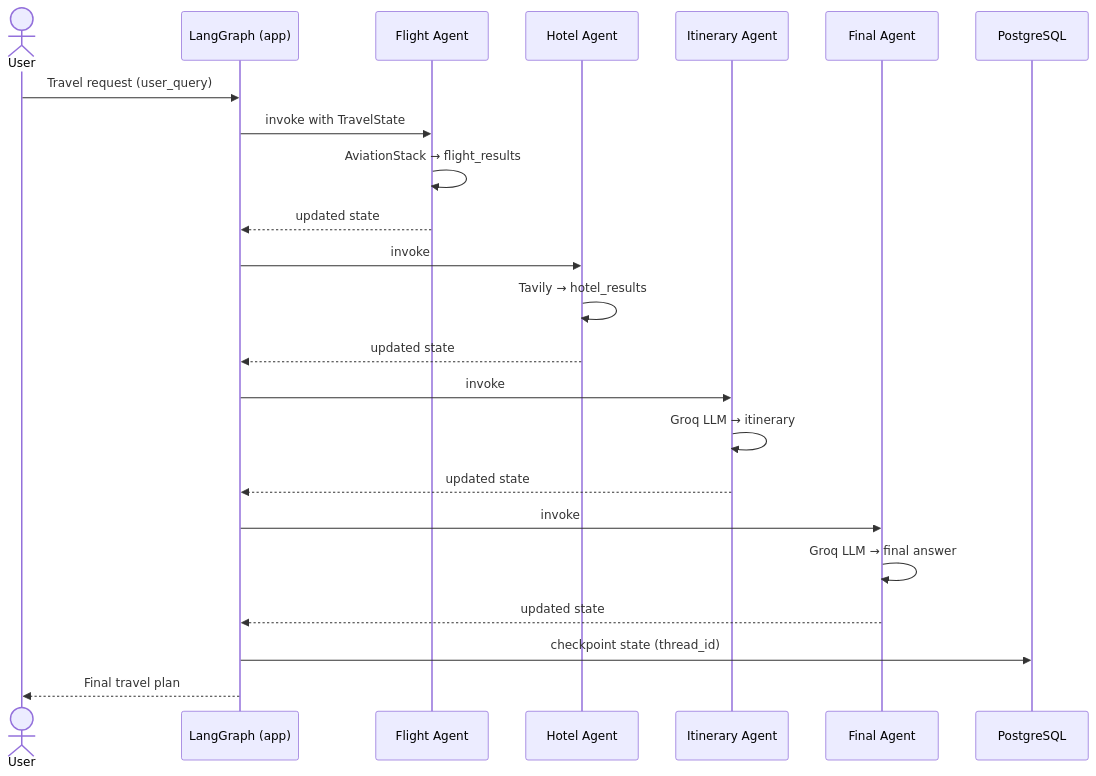
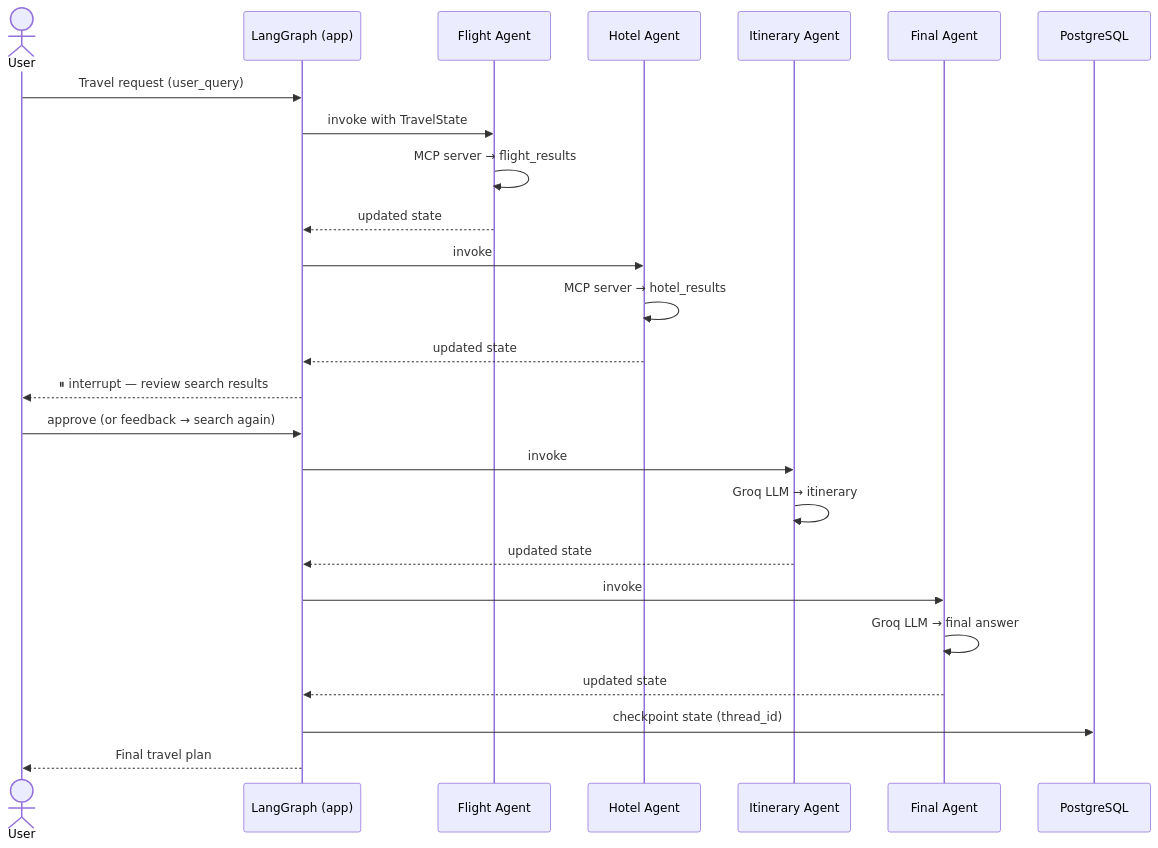
The third of 3 diagrams in README.md (deveshksrivastava/AI-Travel-Planning-System), drawn with Mermaid before and after one commit. The commit also changed other lines of this file and 6 other files, not shown here.

First line of the commit message:
Route agent tools through MCP server and add human-in-the-loop review

````diff
--- a/README.md
+++ b/README.md
@@ -107,26 +117,28 @@
 ```mermaid
 sequenceDiagram
     actor User
     participant App as LangGraph (app)
     participant Flight as Flight Agent
     participant Hotel as Hotel Agent
     participant Itin as Itinerary Agent
     participant Final as Final Agent
     participant DB as PostgreSQL
 
     User->>App: Travel request (user_query)
     App->>Flight: invoke with TravelState
-    Flight->>Flight: AviationStack → flight_results
+    Flight->>Flight: MCP server → flight_results
     Flight-->>App: updated state
     App->>Hotel: invoke
-    Hotel->>Hotel: Tavily → hotel_results
+    Hotel->>Hotel: MCP server → hotel_results
     Hotel-->>App: updated state
+    App-->>User: ⏸ interrupt — review search results
+    User->>App: approve (or feedback → search again)
     App->>Itin: invoke
     Itin->>Itin: Groq LLM → itinerary
     Itin-->>App: updated state
     App->>Final: invoke
     Final->>Final: Groq LLM → final answer
     Final-->>App: updated state
     App->>DB: checkpoint state (thread_id)
     App-->>User: Final travel plan
 ```
````
